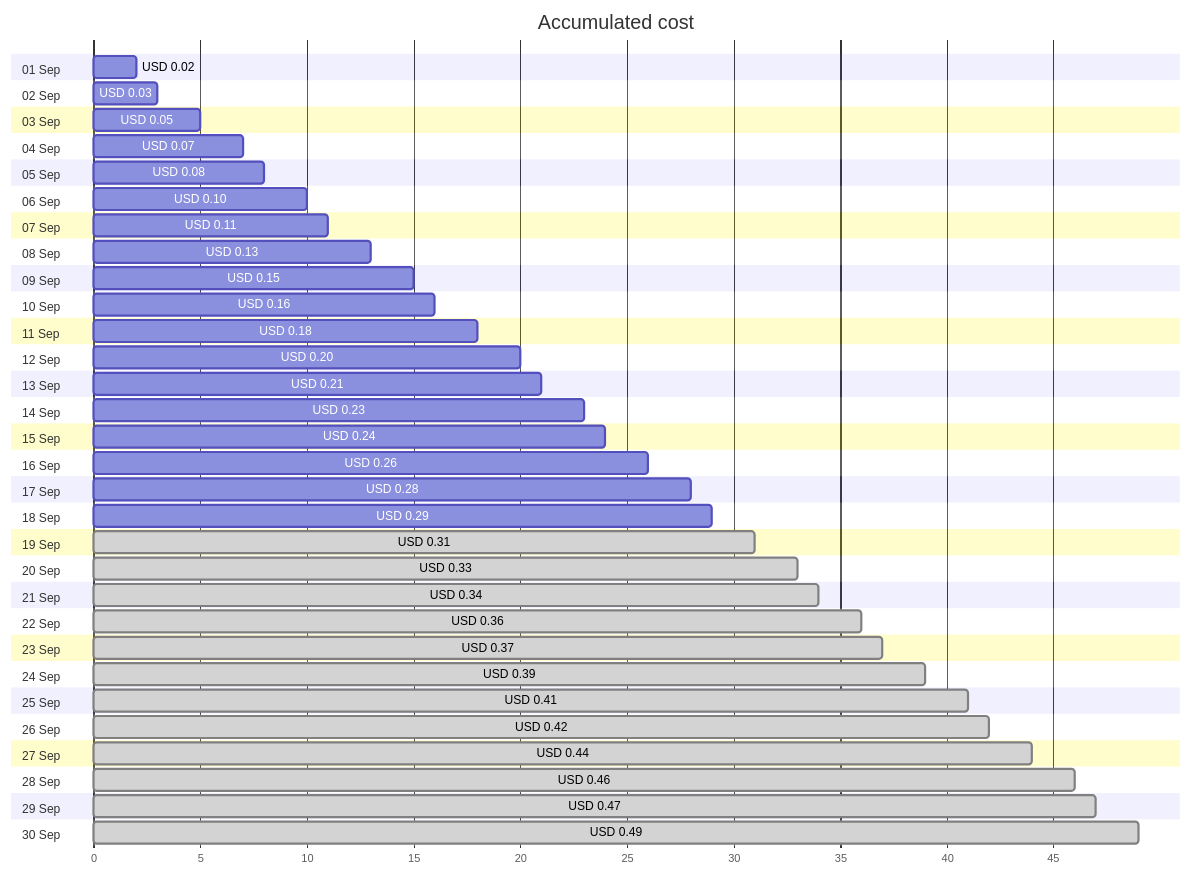
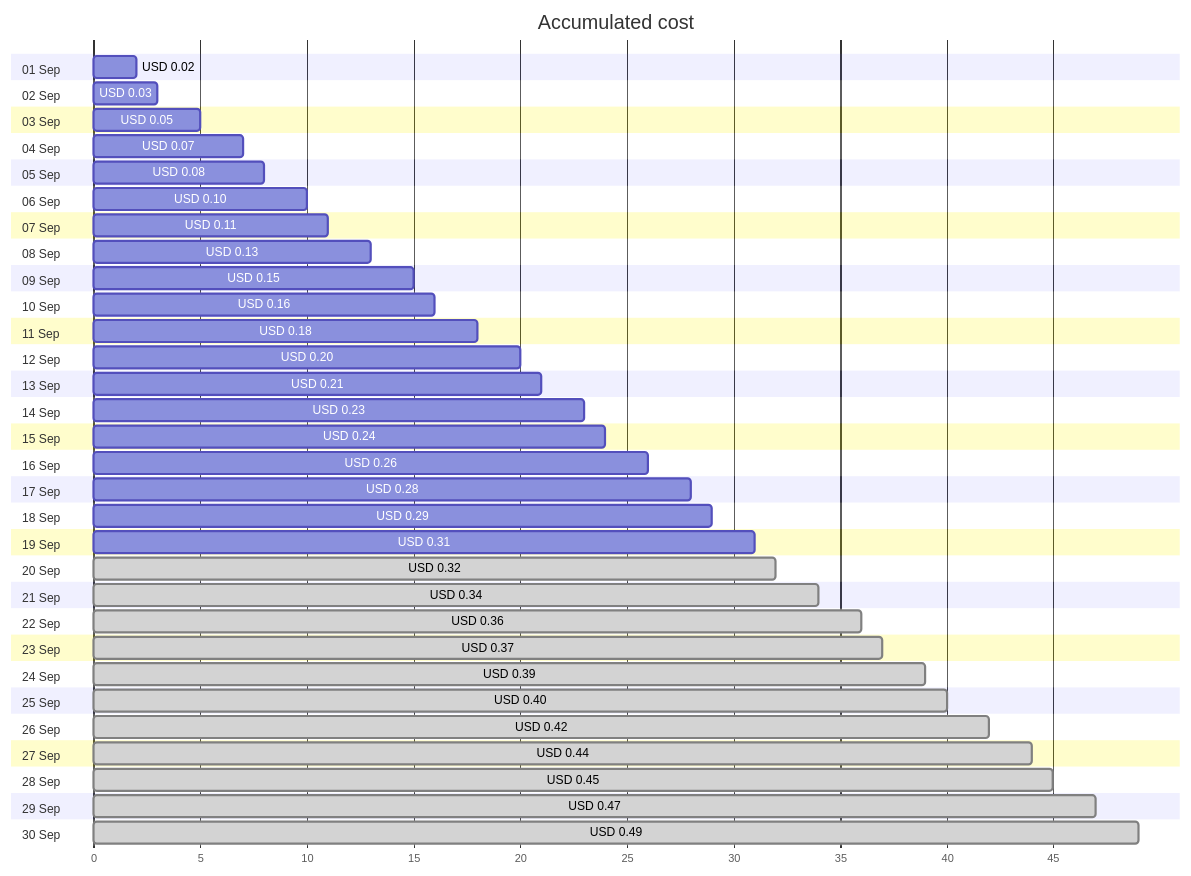
One commit to jpfulton/azure-personal-reports changed the first of 4 diagrams in cost-reports/personal-dns/jpatrickfulton.com.md. Above: the diagram before and after it, drawn with Mermaid. The commit also changed other lines of this file and 2 other files, not shown here.

````diff
--- a/cost-reports/personal-dns/jpatrickfulton.com.md
+++ b/cost-reports/personal-dns/jpatrickfulton.com.md
@@ -20,66 +20,66 @@
 ```mermaid
 gantt
    title Accumulated cost
    dateFormat  X
    axisFormat %s
    section 01 Sep
    USD 0.02 :0, 2
    section 02 Sep
    USD 0.03 :0, 3
    section 03 Sep
    USD 0.05 :0, 5
    section 04 Sep
    USD 0.07 :0, 7
    section 05 Sep
    USD 0.08 :0, 8
    section 06 Sep
    USD 0.10 :0, 10
    section 07 Sep
    USD 0.11 :0, 11
    section 08 Sep
    USD 0.13 :0, 13
    section 09 Sep
    USD 0.15 :0, 15
    section 10 Sep
    USD 0.16 :0, 16
    section 11 Sep
    USD 0.18 :0, 18
    section 12 Sep
    USD 0.20 :0, 20
    section 13 Sep
    USD 0.21 :0, 21
    section 14 Sep
    USD 0.23 :0, 23
    section 15 Sep
    USD 0.24 :0, 24
    section 16 Sep
    USD 0.26 :0, 26
    section 17 Sep
    USD 0.28 :0, 28
    section 18 Sep
    USD 0.29 :0, 29
    section 19 Sep
-   USD 0.31 : done, 0, 31
+   USD 0.31 :0, 31
    section 20 Sep
-   USD 0.33 : done, 0, 33
+   USD 0.32 : done, 0, 32
    section 21 Sep
    USD 0.34 : done, 0, 34
    section 22 Sep
    USD 0.36 : done, 0, 36
    section 23 Sep
    USD 0.37 : done, 0, 37
    section 24 Sep
    USD 0.39 : done, 0, 39
    section 25 Sep
-   USD 0.41 : done, 0, 41
+   USD 0.40 : done, 0, 40
    section 26 Sep
    USD 0.42 : done, 0, 42
    section 27 Sep
    USD 0.44 : done, 0, 44
    section 28 Sep
-   USD 0.46 : done, 0, 46
+   USD 0.45 : done, 0, 45
    section 29 Sep
    USD 0.47 : done, 0, 47
    section 30 Sep
    USD 0.49 : done, 0, 49
 ```
````
